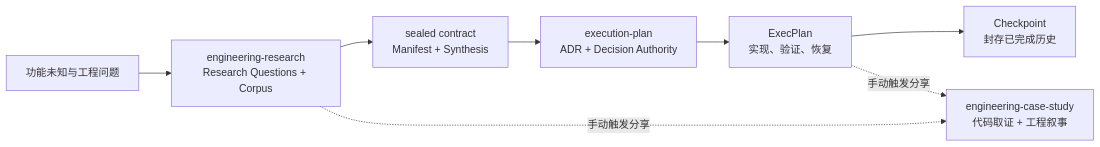
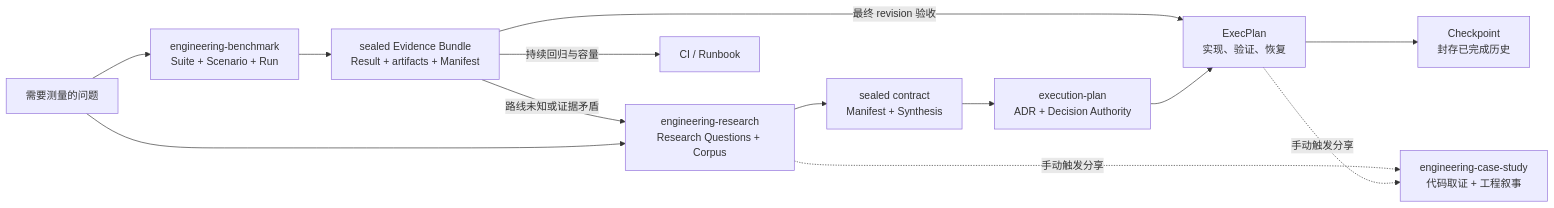
Before and after one commit to XiaoWeiKIN/RepoFoundryAI: the first of 5 diagrams in README.md, drawn with Mermaid. The commit also changed other lines of this file and 20 other files, not shown here.

Commit message:
feat: add engineering benchmark skill

````diff
--- a/README.md
+++ b/README.md
@@ -14,10 +16,15 @@
 ```mermaid
 flowchart LR
-    U["功能未知与工程问题"] --> R["engineering-research<br/>Research Questions + Corpus"]
+    U["需要测量的问题"] --> B["engineering-benchmark<br/>Suite + Scenario + Run"]
+    B --> M0["sealed Evidence Bundle<br/>Result + artifacts + Manifest"]
+    M0 -->|"路线未知或证据矛盾"| R["engineering-research<br/>Research Questions + Corpus"]
+    M0 -->|"最终 revision 验收"| E
+    M0 -->|"持续回归与容量"| O["CI / Runbook"]
+    U --> R
     R --> M["sealed contract<br/>Manifest + Synthesis"]
     M --> A["execution-plan<br/>ADR + Decision Authority"]
     A --> E["ExecPlan<br/>实现、验证、恢复"]
     E --> C["Checkpoint<br/>封存已完成历史"]
     R -. "手动触发分享" .-> S["engineering-case-study<br/>代码取证 + 工程叙事"]
     E -. "手动触发分享" .-> S
 ```
````
